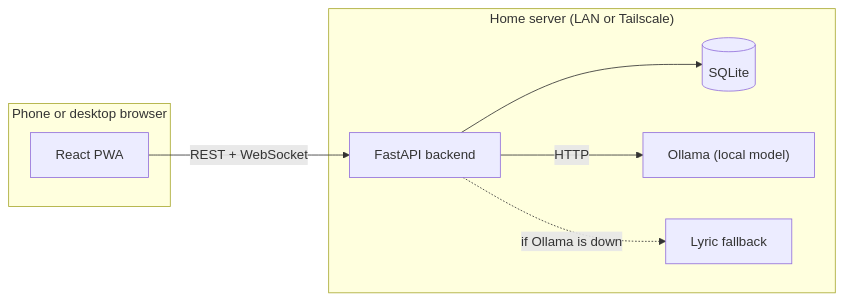
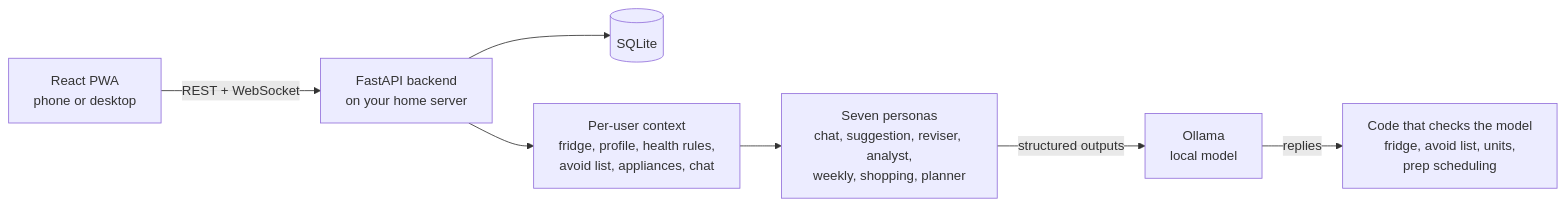
The first of 3 diagrams in README.md (theyoyoyo/breakFast), drawn with Mermaid before and after one commit. The commit also changed other lines of this file, not shown here.

First line of the commit message:
docs: README pitch, model-versus-code diagrams, screenshot captions (#186)

````diff
--- a/README.md
+++ b/README.md
@@ -50,16 +58,9 @@
 ```mermaid
 flowchart LR
-    subgraph Devices["Phone or desktop browser"]
-        UI["React PWA"]
-    end
-    subgraph Server["Home server (LAN or Tailscale)"]
-        API["FastAPI backend"]
-        DB[("SQLite")]
-        LLM["Ollama (local model)"]
-        FB["Lyric fallback"]
-    end
-    UI -- "REST + WebSocket" --> API
-    API --> DB
-    API -- "HTTP" --> LLM
-    API -. "if Ollama is down" .-> FB
+    UI["React PWA<br/>phone or desktop"] -- "REST + WebSocket" --> API["FastAPI backend<br/>on your home server"]
+    API --> DB[("SQLite")]
+    API --> CTX["Per-user context<br/>fridge, profile, health rules,<br/>avoid list, appliances, chat"]
+    CTX --> P["Seven personas<br/>chat, suggestion, reviser, analyst,<br/>weekly, shopping, planner"]
+    P -- "structured outputs" --> LLM["Ollama<br/>local model"]
+    LLM -- "replies" --> CODE["Code that checks the model<br/>fridge, avoid list, units,<br/>prep scheduling"]
 ```
````
